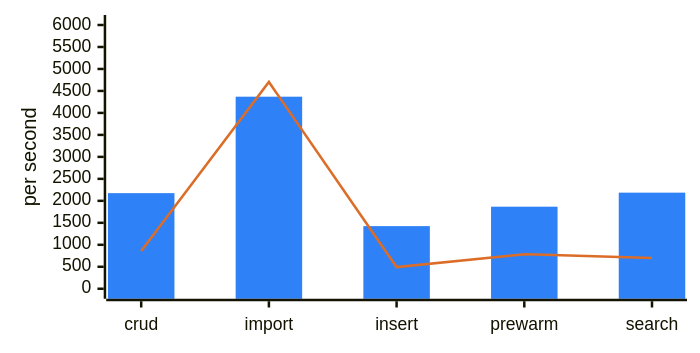
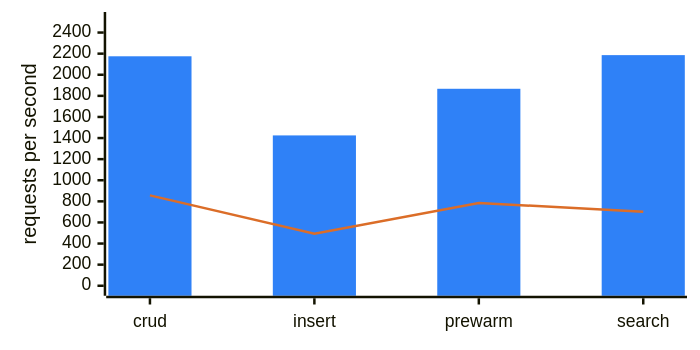
Before and after one commit to HeliosSoftware/hfs: the second of 4 diagrams in .github/tmp-summary-test/stacked/leg-postgres.md, drawn with Mermaid. The commit also changed other lines of this file and 16 other files, not shown here.

Commit message:
ci: Bulk Import row, shorter labels, per-leg charts side by side

````diff
--- a/.github/tmp-summary-test/stacked/leg-postgres.md
+++ b/.github/tmp-summary-test/stacked/leg-postgres.md
@@ -135,8 +136,8 @@
 ```mermaid
 %%{init: {"xyChart": {"width": 540, "height": 260, "useMaxWidth": false}, "themeVariables": {"xyChart": {"plotColorPalette": "#2f81f7, #db6d28", "backgroundColor": "transparent"}}}}%%
 xychart-beta
-    x-axis ["crud", "import", "insert", "prewarm", "search"]
-    y-axis "per second" 0 --> 6000
-    bar [2175, 4369, 1425, 1867, 2186]
-    line [856.84, 4704.64, 493.41, 784.59, 701.8]
+    x-axis ["crud", "insert", "prewarm", "search"]
+    y-axis "requests per second" 0 --> 2500
+    bar [2175, 1425, 1867, 2186]
+    line [856.84, 493.41, 784.59, 701.8]
 ```
````
